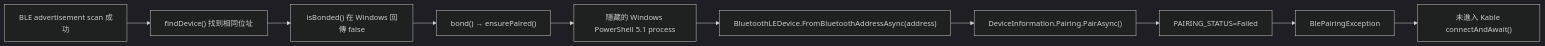
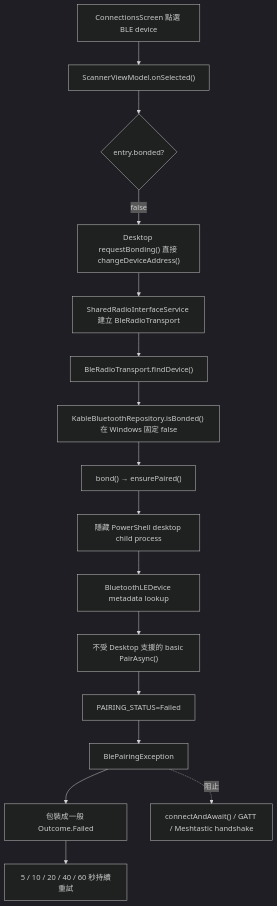
The first of 2 diagrams in WINDOWS_BLE_PAIRING_FAILURE_ANALYSIS.md (nuclear718/ntsocial-mesh-gateway-android), drawn with Mermaid (dark theme) before and after one commit. The commit also changed other lines of this file and 1 other file, not shown here.

````diff
--- a/WINDOWS_BLE_PAIRING_FAILURE_ANALYSIS.md
+++ b/WINDOWS_BLE_PAIRING_FAILURE_ANALYSIS.md
@@ -95,12 +225,18 @@
 ```mermaid
-flowchart LR
-    A["BLE advertisement scan 成功"] --> B["findDevice() 找到相同位址"]
-    B --> C["isBonded() 在 Windows 回傳 false"]
-    C --> D["bond() → ensurePaired()"]
-    D --> E["隱藏的 Windows PowerShell 5.1 process"]
-    E --> F["BluetoothLEDevice.FromBluetoothAddressAsync(address)"]
-    F --> G["DeviceInformation.Pairing.PairAsync()"]
-    G --> H["PAIRING_STATUS=Failed"]
-    H --> I["BlePairingException"]
-    I --> J["未進入 Kable connectAndAwait()"]
+flowchart TD
+    A["ConnectionsScreen 點選 BLE device"] --> B["ScannerViewModel.onSelected()"]
+    B --> C{"entry.bonded?"}
+    C -- "false" --> D["Desktop requestBonding() 直接 changeDeviceAddress()"]
+    D --> E["SharedRadioInterfaceService 建立 BleRadioTransport"]
+    E --> F["BleRadioTransport.findDevice()"]
+    F --> G["KableBluetoothRepository.isBonded() 在 Windows 固定 false"]
+    G --> H["bond() → ensurePaired()"]
+    H --> I["隱藏 PowerShell desktop child process"]
+    I --> J["BluetoothLEDevice metadata lookup"]
+    J --> K["不受 Desktop 支援的 basic PairAsync()"]
+    K --> L["PAIRING_STATUS=Failed"]
+    L --> M["BlePairingException"]
+    M --> N["包裝成一般 Outcome.Failed"]
+    N --> O["5 / 10 / 20 / 40 / 60 秒持續重試"]
+    M -. "阻止" .-> P["connectAndAwait() / GATT / Meshtastic handshake"]
 ```
````
